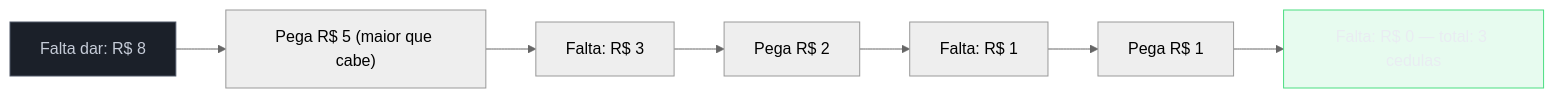
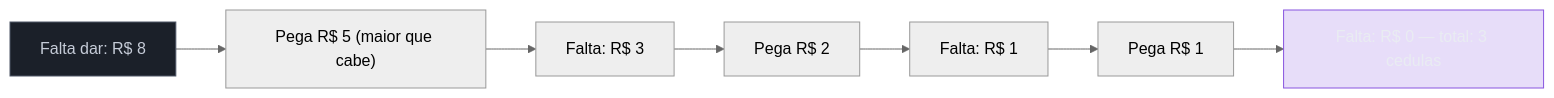
The first of 6 diagrams in 03-Dominios/Ciência/Algoritmos/11 - Greedy.md (josenaldo/codex-technomanticus), drawn with Mermaid (neutral theme) before and after one commit. The commit also changed other lines of this file and 601 other files, not shown here.

````diff
--- a/03-Dominios/Ciência/Algoritmos/11 - Greedy.md
+++ b/03-Dominios/Ciência/Algoritmos/11 - Greedy.md
@@ -60,13 +60,13 @@
 ```mermaid
 flowchart LR
+    classDef marca fill:#8855DF33,stroke:#8855DF,color:#E9ECF2
     classDef neutro fill:#1B2029,stroke:#4E5666,color:#C6CCD8
-    classDef ok fill:#4ADE8021,stroke:#4ADE80,color:#E9ECF2
     Inicio["Falta dar: R$ 8"] --> P5["Pega R$ 5 (maior que cabe)"]
     P5 --> R3["Falta: R$ 3"]
     R3 --> P2["Pega R$ 2"]
     P2 --> R1["Falta: R$ 1"]
     R1 --> P1["Pega R$ 1"]
     P1 --> Fim["Falta: R$ 0 — total: 3 cedulas"]
     class Inicio neutro
-    class Fim ok
+    class Fim marca
 ```
````
